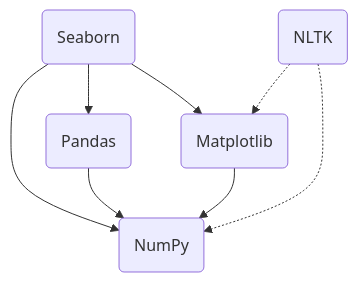
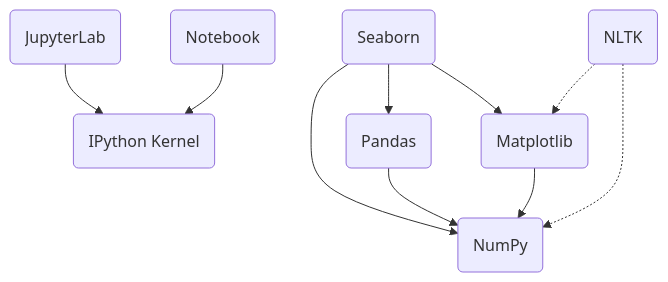
One commit to sfmunoz/nlp-playground changed the diagram in README.md. Above: the diagram before and after it, drawn with Mermaid.

Commit message:
README.md: JupyterLab and notebook nodes added to deps graph

````diff
--- a/README.md
+++ b/README.md
@@ -5,16 +5,21 @@
 ```mermaid
 graph TD
+    jupyterlab(JupyterLab)
+    notebook(Notebook)
+    ipykernel(IPython Kernel)
     numpy(NumPy)
     matplotlib(Matplotlib)
     pandas(Pandas)
     seaborn(Seaborn)
     nltk(NLTK)
 
+    jupyterlab --> ipykernel
+    notebook --> ipykernel
     matplotlib --> numpy
     pandas --> numpy
     seaborn --> numpy
     seaborn --> pandas
     seaborn --> matplotlib
     nltk -.-> matplotlib
     nltk -.-> numpy
 ```
````
